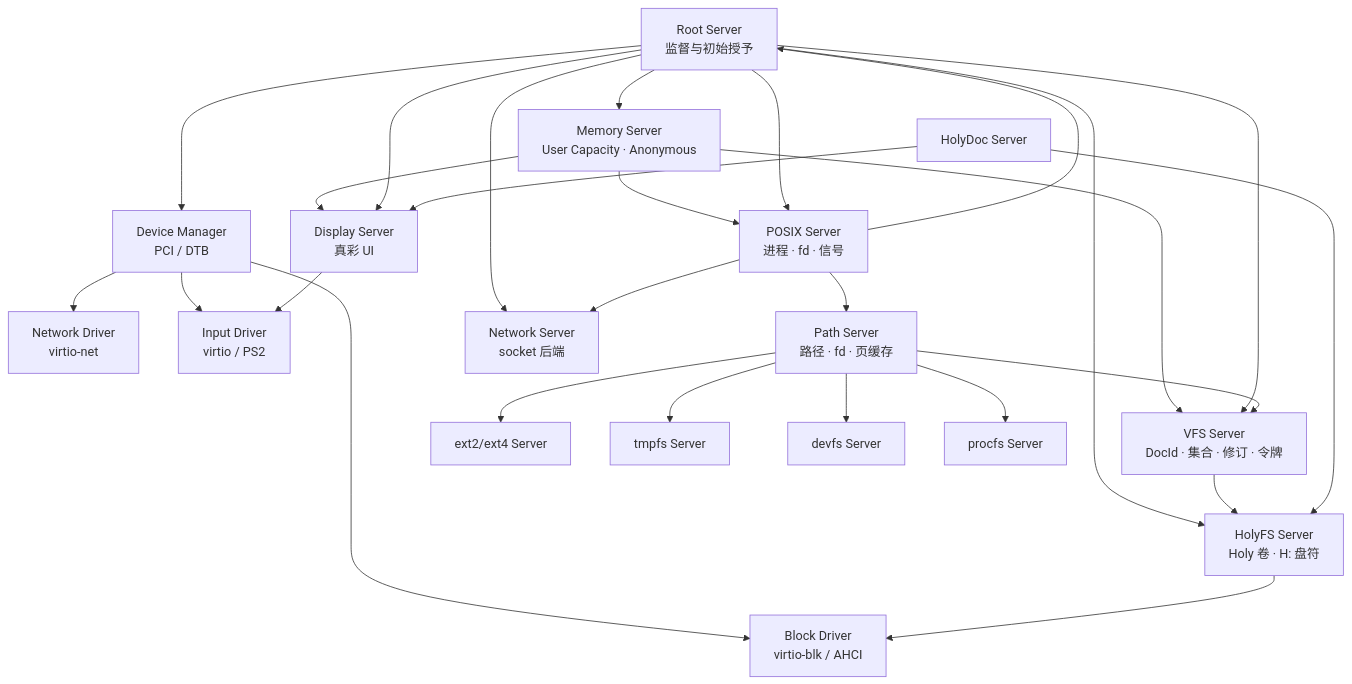
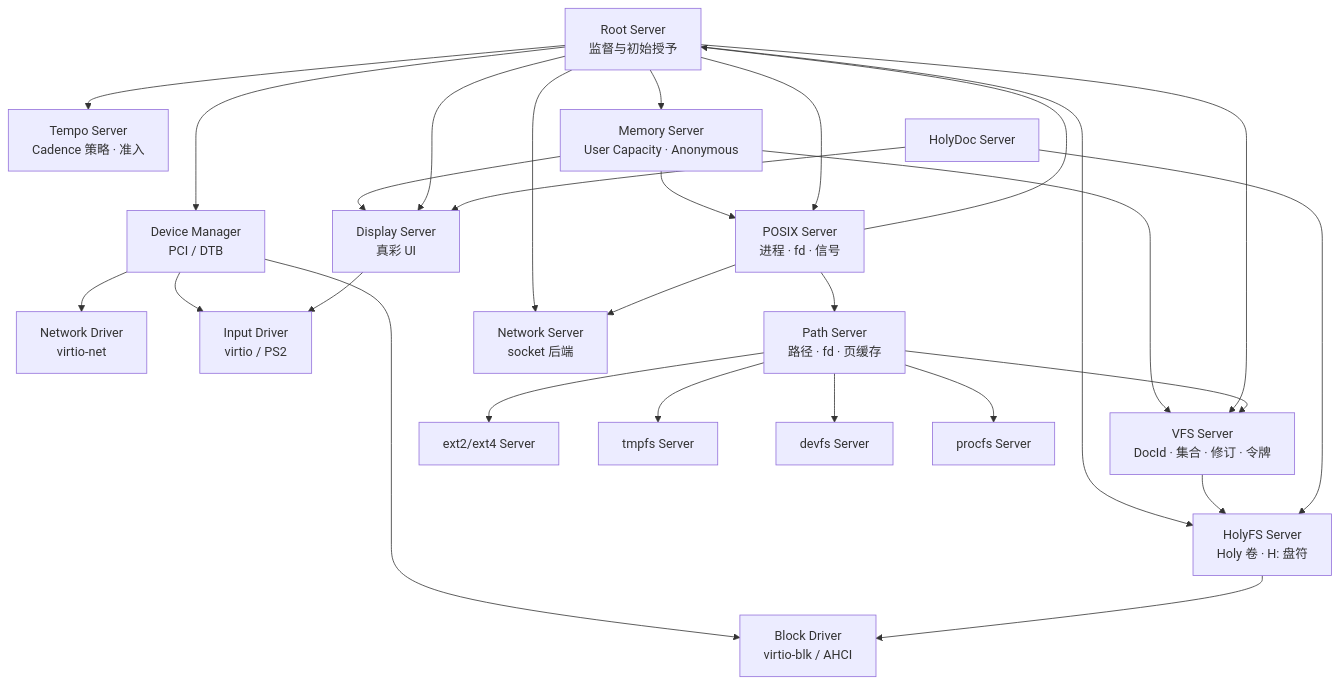
The first of 2 diagrams in docs/servers.md (hongweifei/HolyKernel), drawn with Mermaid before and after one commit. The commit also changed other lines of this file and 30 other files, not shown here.

````diff
--- a/docs/servers.md
+++ b/docs/servers.md
@@ -11,47 +11,49 @@
 ```mermaid
 flowchart TB
     Root["Root Server<br/>监督与初始授予"]
+    Tempo["Tempo Server<br/>Cadence 策略 · 准入"]
     Mem["Memory Server<br/>User Capacity · Anonymous"]
     DM["Device Manager<br/>PCI / DTB"]
     Blk["Block Driver<br/>virtio-blk / AHCI"]
     Net["Network Driver<br/>virtio-net"]
     Input["Input Driver<br/>virtio / PS2"]
     VFS["VFS Server<br/>DocId · 集合 · 修订 · 令牌"]
     Path["Path Server<br/>路径 · fd · 页缓存"]
     Ext2["ext2/ext4 Server"]
     Tmpfs["tmpfs Server"]
     Devfs["devfs Server"]
     Procfs["procfs Server"]
     POSIX["POSIX Server<br/>进程 · fd · 信号"]
     NetSrv["Network Server<br/>socket 后端"]
     HolyFS["HolyFS Server<br/>Holy 卷 · H: 盘符"]
     Display["Display Server<br/>真彩 UI"]
     HolyDoc["HolyDoc Server"]
 
     Root --> DM
+    Root --> Tempo
     Root --> Mem
     Mem --> VFS
     Mem --> Display
     Mem --> POSIX
     Root --> VFS
     Root --> POSIX
     Root --> NetSrv
     Root --> HolyFS
     Root --> Display
     DM --> Blk
     DM --> Net
     DM --> Input
     Path --> Ext2
     Path --> Tmpfs
     Path --> Devfs
     Path --> Procfs
     Path --> VFS
     VFS --> HolyFS
     HolyFS --> Blk
     POSIX --> Path
     POSIX --> NetSrv
     POSIX --> Root
     Display --> Input
     HolyDoc --> Display
     HolyDoc --> HolyFS
 ```
````
